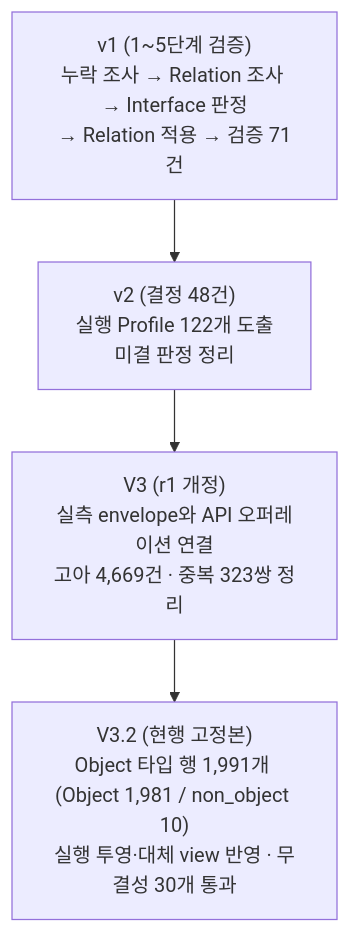
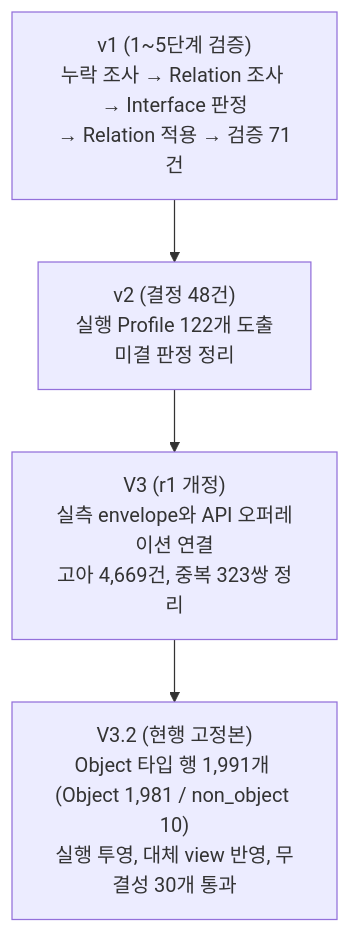
The diagram in docs/02-methodology/03-im-object-modeling.md (AEGI-Inc/aegi-framework), drawn with Mermaid before and after one commit. The commit also changed other lines of this file and 33 other files, not shown here.

````diff
--- a/docs/02-methodology/03-im-object-modeling.md
+++ b/docs/02-methodology/03-im-object-modeling.md
@@ -27,8 +23,8 @@
 ```mermaid
 flowchart TB
   V1["v1 (1~5단계 검증)<br/>누락 조사 → Relation 조사 → Interface 판정<br/>→ Relation 적용 → 검증 71건"]
   V2["v2 (결정 48건)<br/>실행 Profile 122개 도출<br/>미결 판정 정리"]
-  V3["V3 (r1 개정)<br/>실측 envelope와 API 오퍼레이션 연결<br/>고아 4,669건 · 중복 323쌍 정리"]
-  V32["V3.2 (현행 고정본)<br/>Object 타입 행 1,991개 (Object 1,981 / non_object 10)<br/>실행 투영·대체 view 반영 · 무결성 30개 통과"]
+  V3["V3 (r1 개정)<br/>실측 envelope와 API 오퍼레이션 연결<br/>고아 4,669건, 중복 323쌍 정리"]
+  V32["V3.2 (현행 고정본)<br/>Object 타입 행 1,991개 (Object 1,981 / non_object 10)<br/>실행 투영, 대체 view 반영, 무결성 30개 통과"]
   V1 --> V2 --> V3 --> V32
 ```
````
